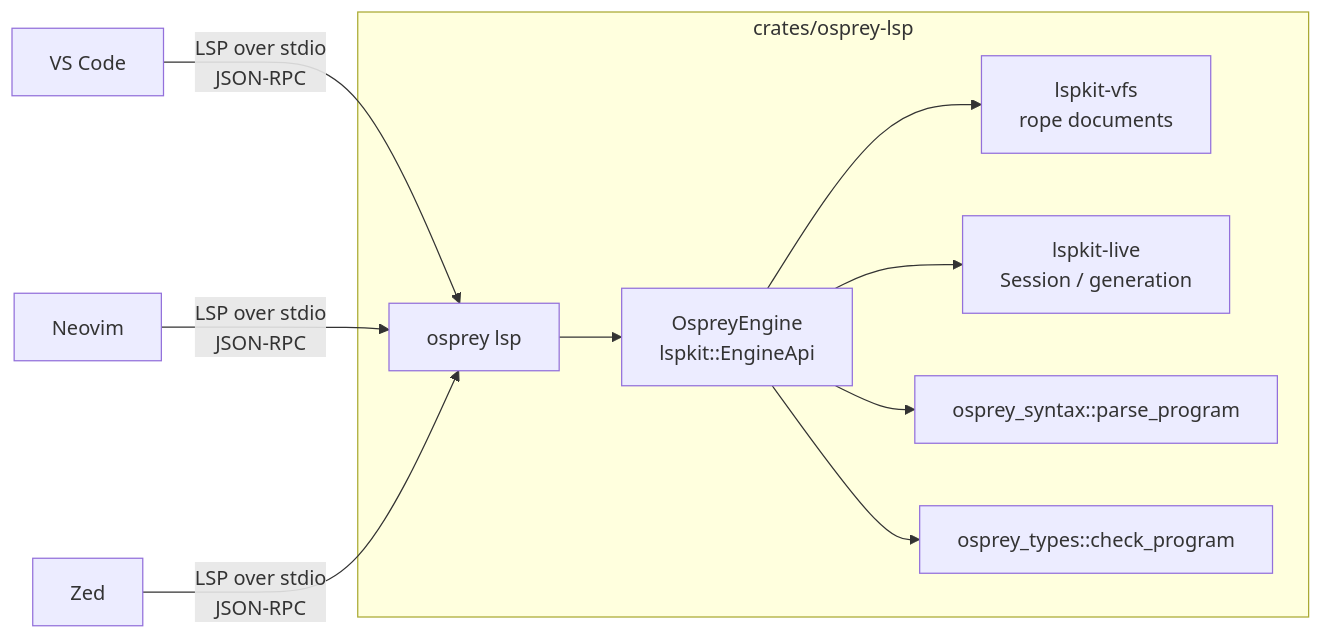
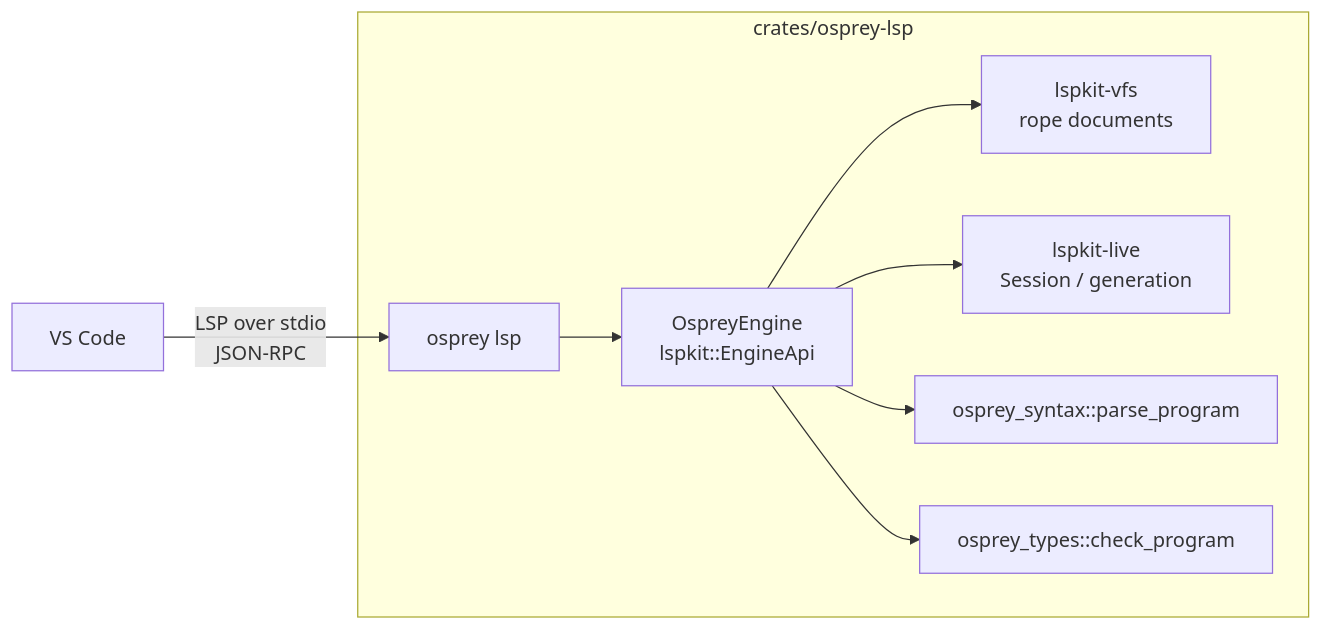
Before and after one commit to Nimblesite/osprey: the diagram in docs/specs/0020-LanguageServerAndEditors.md, drawn with Mermaid. The commit also changed other lines of this file and 467 other files, not shown here.

````diff
--- a/docs/specs/0020-LanguageServerAndEditors.md
+++ b/docs/specs/0020-LanguageServerAndEditors.md
@@ -34,25 +13,21 @@
 ```mermaid
 flowchart LR
   vscode[VS Code]
-  neovim[Neovim]
-  zed[Zed]
 
   vscode -->|LSP over stdio<br/>JSON-RPC| lsp
-  neovim -->|LSP over stdio<br/>JSON-RPC| lsp
-  zed -->|LSP over stdio<br/>JSON-RPC| lsp
 
   subgraph server["crates/osprey-lsp"]
     lsp["osprey lsp"]
     engine["OspreyEngine<br/>lspkit::EngineApi"]
     vfs["lspkit-vfs<br/>rope documents"]
     live["lspkit-live<br/>Session / generation"]
     syntax["osprey_syntax::parse_program"]
     types["osprey_types::check_program"]
 
     lsp --> engine
     engine --> vfs
     engine --> live
     engine --> syntax
     engine --> types
   end
 ```
````
